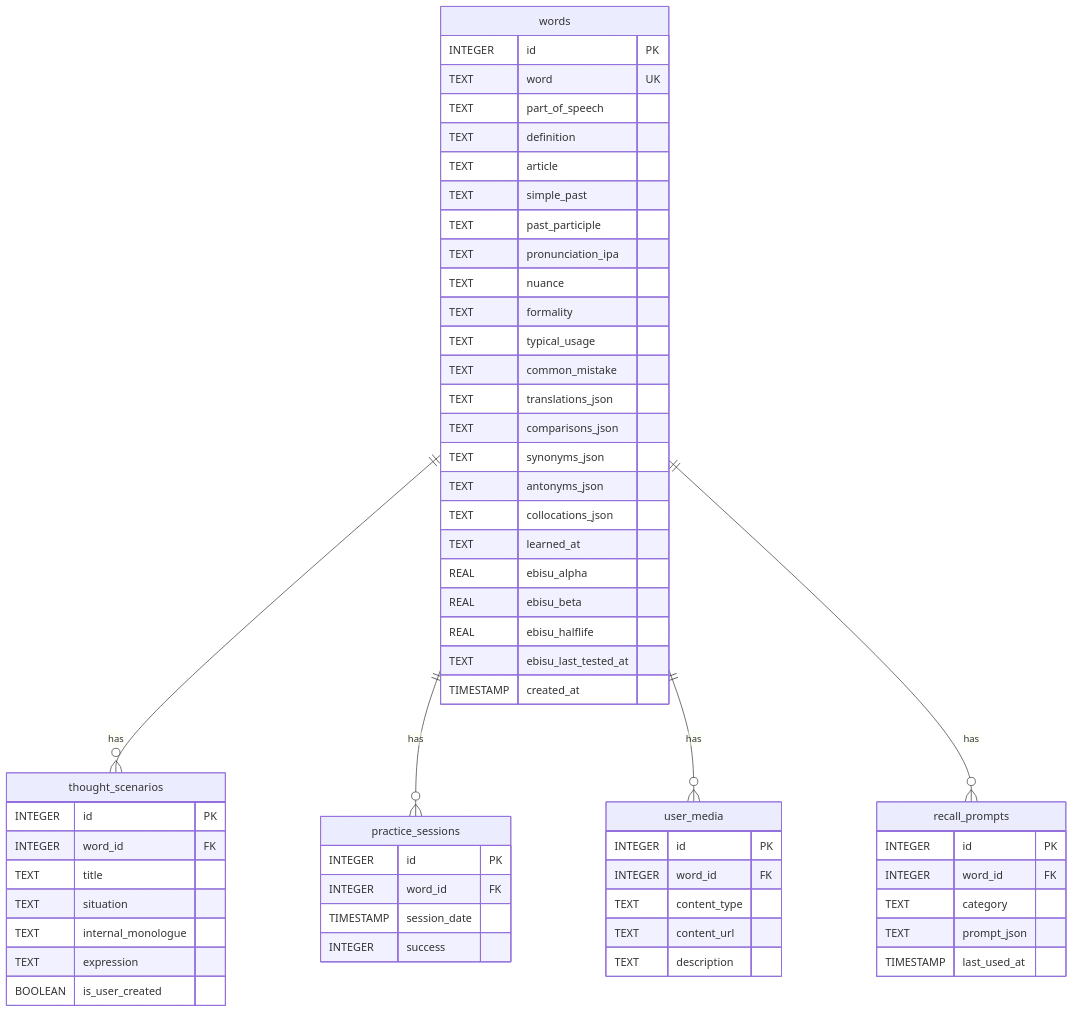
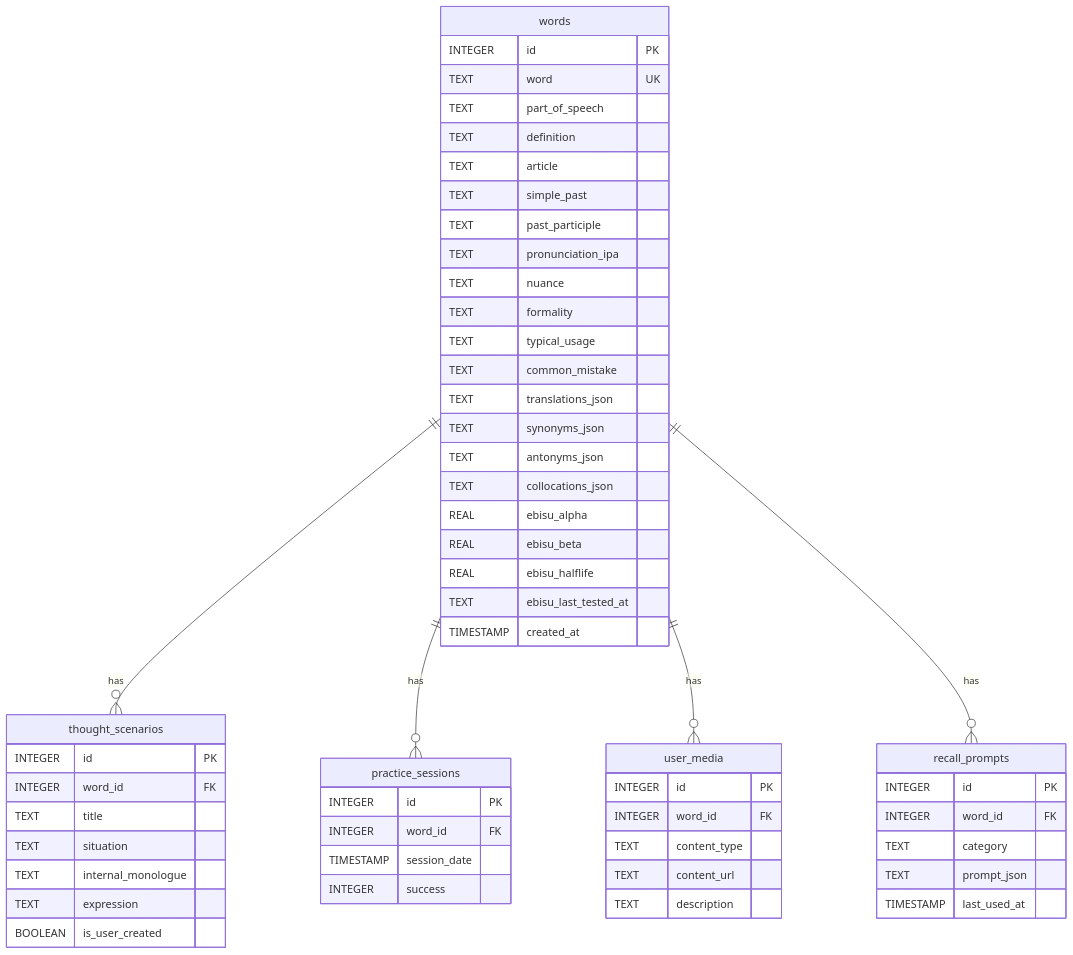
One commit to Alireza-Amani/flash_denken changed the diagram in README.md. Above: the diagram before and after it, drawn with Mermaid. The commit also changed other lines of this file, not shown here.

````diff
--- a/README.md
+++ b/README.md
@@ -102,66 +76,64 @@
 ```mermaid
 erDiagram
     words ||--o{ thought_scenarios : "has"
     words ||--o{ practice_sessions : "has"
     words ||--o{ user_media : "has"
     words ||--o{ recall_prompts : "has"
 
     words {
         INTEGER id PK
         TEXT word UK
         TEXT part_of_speech
         TEXT definition
         TEXT article
         TEXT simple_past
         TEXT past_participle
         TEXT pronunciation_ipa
         TEXT nuance
         TEXT formality
         TEXT typical_usage
         TEXT common_mistake
         TEXT translations_json
-        TEXT comparisons_json
         TEXT synonyms_json
         TEXT antonyms_json
         TEXT collocations_json
-        TEXT learned_at
         REAL ebisu_alpha
         REAL ebisu_beta
         REAL ebisu_halflife
         TEXT ebisu_last_tested_at
         TIMESTAMP created_at
     }
 
     thought_scenarios {
         INTEGER id PK
         INTEGER word_id FK
         TEXT title
         TEXT situation
         TEXT internal_monologue
         TEXT expression
         BOOLEAN is_user_created
     }
 
     practice_sessions {
         INTEGER id PK
         INTEGER word_id FK
         TIMESTAMP session_date
         INTEGER success
     }
 
     user_media {
         INTEGER id PK
         INTEGER word_id FK
         TEXT content_type
         TEXT content_url
         TEXT description
     }
 
     recall_prompts {
         INTEGER id PK
         INTEGER word_id FK
         TEXT category
         TEXT prompt_json
         TIMESTAMP last_used_at
     }
 ```
````
